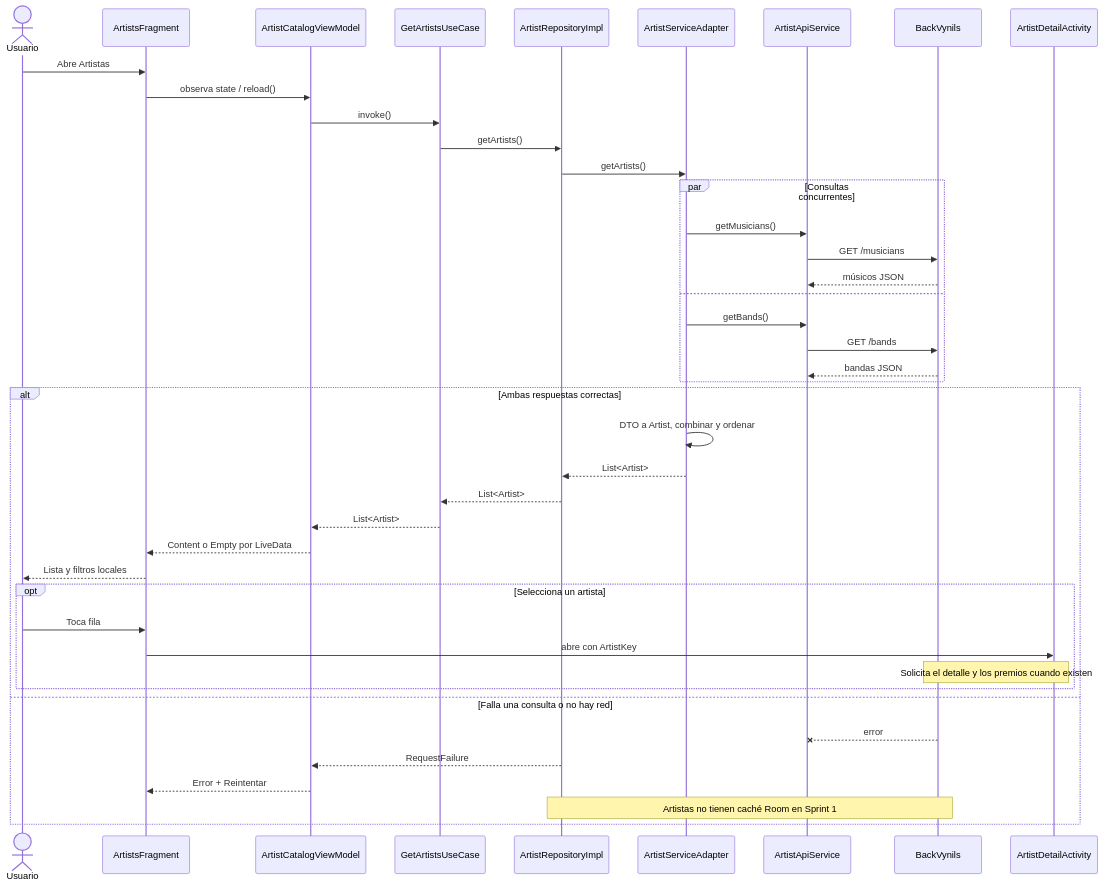
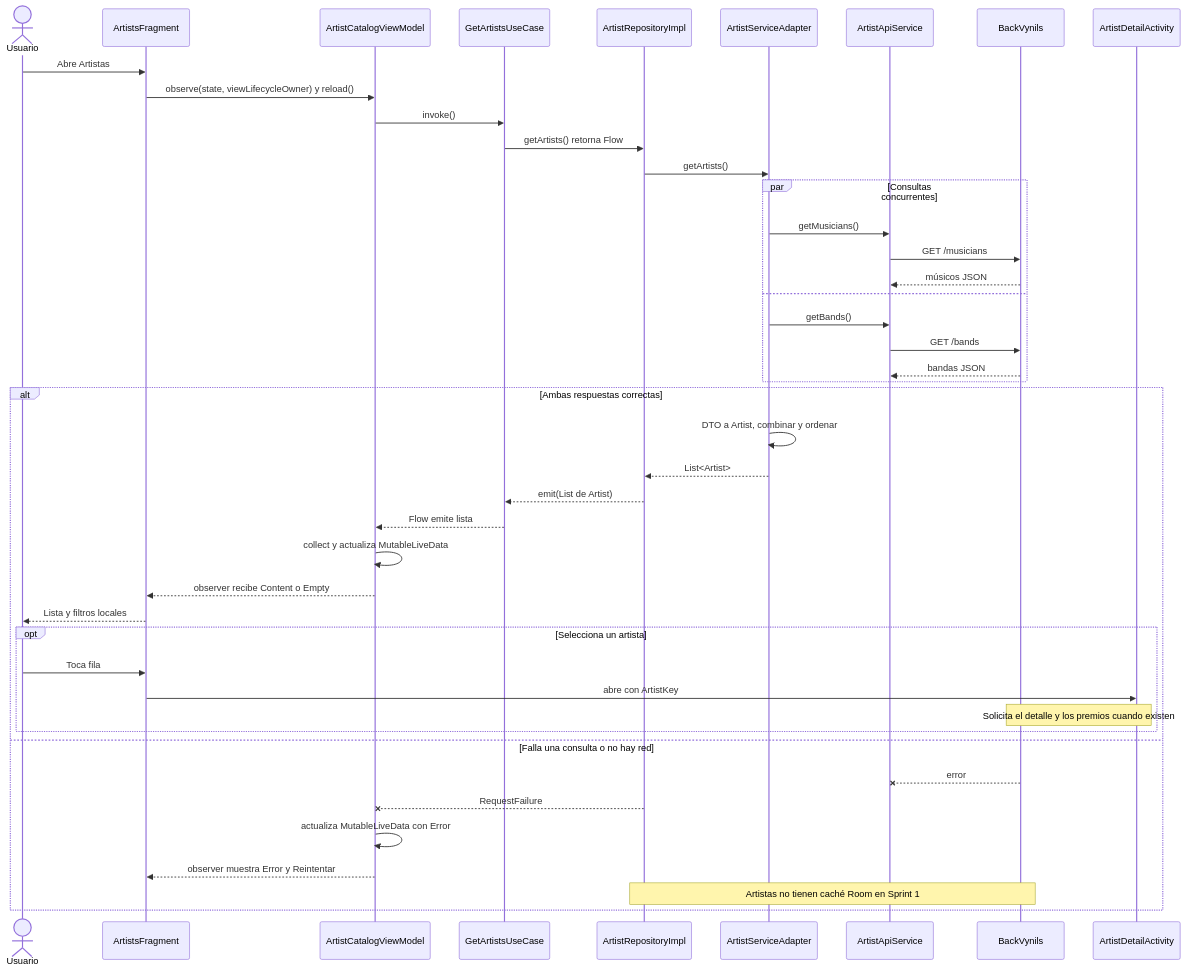
Before and after one commit to jhonospina2711/MISW4201-202615-Vinilos-Mobile-Grupo13: the fourth of 5 diagrams in docs/ARQUITECTURA_SPRINT1.md, drawn with Mermaid. The commit also changed other lines of this file and 29 other files, not shown here.

Commit message:
refactor: expose sprint 1 data flows through repositories

````diff
--- a/docs/ARQUITECTURA_SPRINT1.md
+++ b/docs/ARQUITECTURA_SPRINT1.md
@@ -102,44 +102,46 @@
 ```mermaid
 sequenceDiagram
   actor Usuario
   participant Vista as ArtistsFragment
   participant VM as ArtistCatalogViewModel
   participant UC as GetArtistsUseCase
   participant Repo as ArtistRepositoryImpl
   participant Adapter as ArtistServiceAdapter
   participant API as ArtistApiService
   participant Server as BackVynils
   participant Detail as ArtistDetailActivity
   Usuario->>Vista: Abre Artistas
-  Vista->>VM: observa state / reload()
+  Vista->>VM: observe(state, viewLifecycleOwner) y reload()
   VM->>UC: invoke()
-  UC->>Repo: getArtists()
+  UC->>Repo: getArtists() retorna Flow
   Repo->>Adapter: getArtists()
   par Consultas concurrentes
     Adapter->>API: getMusicians()
     API->>Server: GET /musicians
     Server-->>API: músicos JSON
   and
     Adapter->>API: getBands()
     API->>Server: GET /bands
     Server-->>API: bandas JSON
   end
   alt Ambas respuestas correctas
     Adapter->>Adapter: DTO a Artist, combinar y ordenar
     Adapter-->>Repo: List<Artist>
-    Repo-->>UC: List<Artist>
-    UC-->>VM: List<Artist>
-    VM-->>Vista: Content o Empty por LiveData
+    Repo-->>UC: emit(List de Artist)
+    UC-->>VM: Flow emite lista
+    VM->>VM: collect y actualiza MutableLiveData
+    VM-->>Vista: observer recibe Content o Empty
     Vista-->>Usuario: Lista y filtros locales
     opt Selecciona un artista
       Usuario->>Vista: Toca fila
       Vista->>Detail: abre con ArtistKey
       Note over Detail,Server: Solicita el detalle y los premios cuando existen
     end
   else Falla una consulta o no hay red
     Server--xAPI: error
-    Repo-->>VM: RequestFailure
-    VM-->>Vista: Error + Reintentar
+    Repo--xVM: RequestFailure
+    VM->>VM: actualiza MutableLiveData con Error
+    VM-->>Vista: observer muestra Error y Reintentar
     Note over Repo,Server: Artistas no tienen caché Room en Sprint 1
   end
 ```
````
